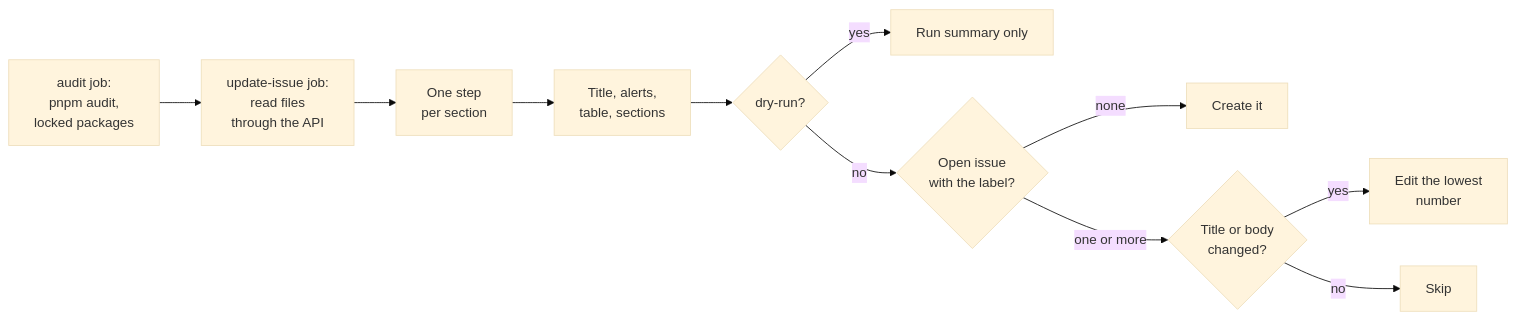
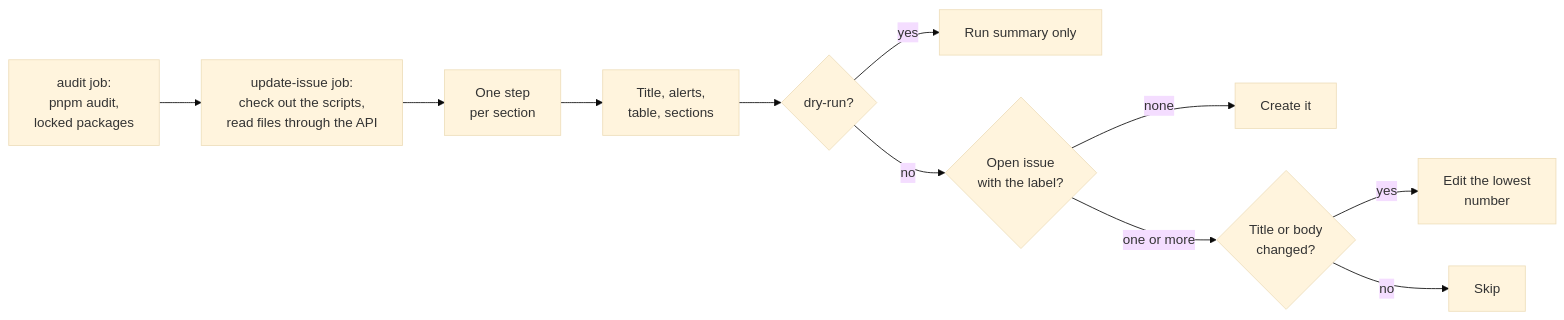
The first of 2 diagrams in README.md (valuecodes/automation), drawn with Mermaid (base theme) before and after one commit. The commit also changed other lines of this file and 36 other files, not shown here.

````diff
--- a/README.md
+++ b/README.md
@@ -48,12 +52,12 @@
 ```mermaid
 flowchart LR
-    A[audit job:<br>pnpm audit,<br>locked packages] --> B[update-issue job:<br>read files<br>through the API]
+    A[audit job:<br>pnpm audit,<br>locked packages] --> B[update-issue job:<br>check out the scripts,<br>read files through the API]
     B --> C[One step<br>per section] --> D[Title, alerts,<br>table, sections]
     D --> DR{dry-run?}
     DR -- yes --> S[Run summary only]
     DR -- no --> E{Open issue<br>with the label?}
     E -- none --> F[Create it]
     E -- "one or more" --> G{Title or body<br>changed?}
     G -- yes --> H[Edit the lowest<br>number]
     G -- no --> Z[Skip]
 ```
````
